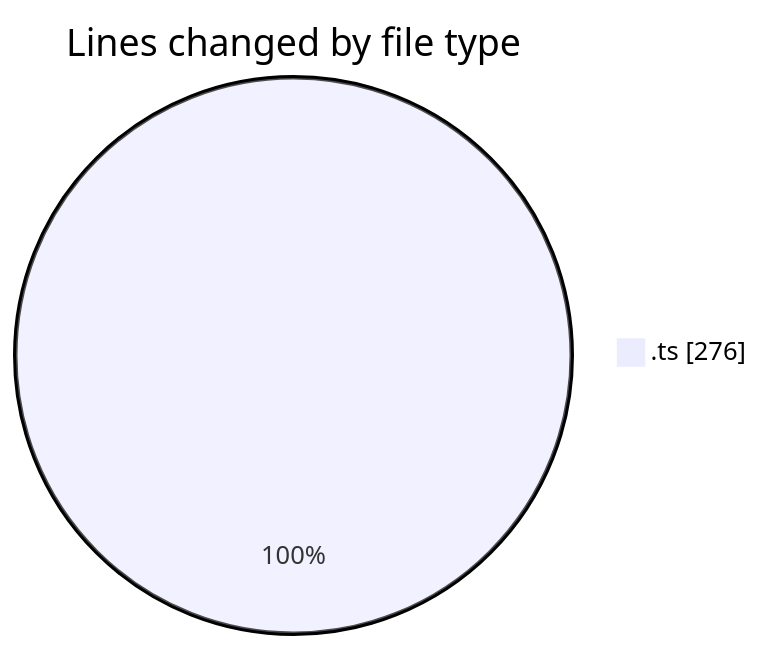
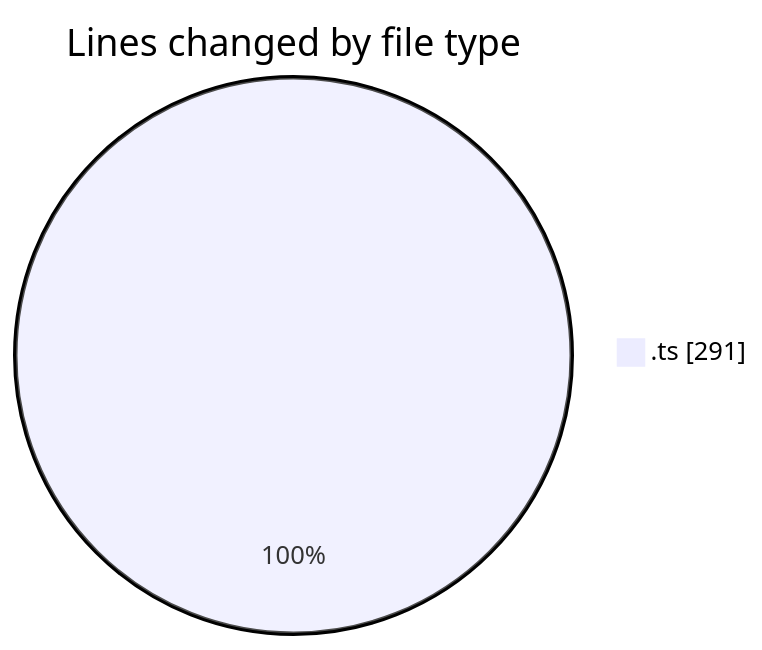
Before and after one commit to momahboobian/code-tracking: the first of 2 diagrams in 2025-01-14/github-activity-tracker/README.md, drawn with Mermaid. The commit also changed other lines of this file and 1 other file, not shown here.

````diff
--- a/2025-01-14/github-activity-tracker/README.md
+++ b/2025-01-14/github-activity-tracker/README.md
@@ -25,5 +25,5 @@
 ```mermaid
 pie showData
 title Lines changed by file type
-".ts" : 276
+".ts" : 291
 ```
````
